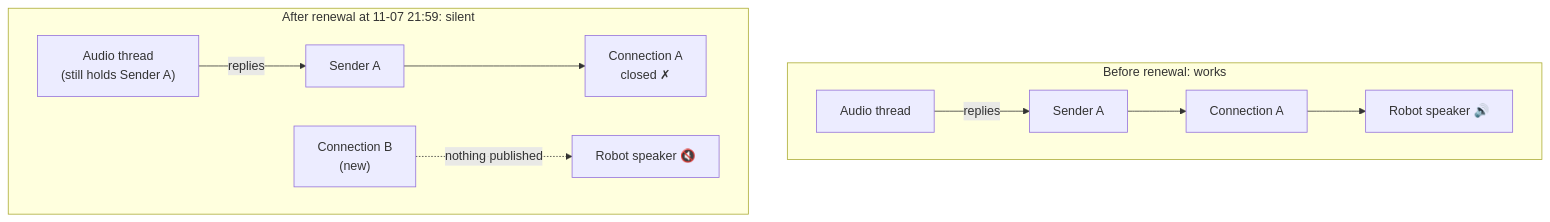
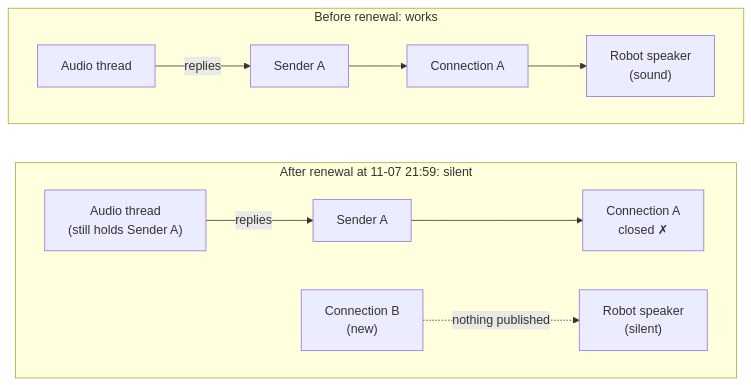
The second of 2 diagrams in docs/incident-2026-11-08-robot-silent.md (YeChen-coder/EBOBotQwenRealtime), drawn with Mermaid before and after one commit.

Commit message:
docs: incident diagram reads top to bottom (before, then after renewal)

````diff
--- a/docs/incident-2026-11-08-robot-silent.md
+++ b/docs/incident-2026-11-08-robot-silent.md
@@ -110,10 +110,13 @@
 ```mermaid
 flowchart TB
     subgraph BEFORE["Before renewal: works"]
-        T1["Audio thread"] -->|replies| S1["Sender A"] --> C1["Connection A"] --> R1["Robot speaker 🔊"]
+        direction LR
+        T1["Audio thread"] -->|replies| S1["Sender A"] --> C1["Connection A"] --> R1["Robot speaker<br/>(sound)"]
     end
     subgraph AFTER["After renewal at 11-07 21:59: silent"]
+        direction LR
         T2["Audio thread<br/>(still holds Sender A)"] -->|replies| S2["Sender A"] --> X["Connection A<br/>closed ✗"]
-        C2["Connection B<br/>(new)"] -.->|"nothing published"| R2["Robot speaker 🔇"]
+        C2["Connection B<br/>(new)"] -.->|"nothing published"| R2["Robot speaker<br/>(silent)"]
     end
+    BEFORE ~~~ AFTER
 ```
````
